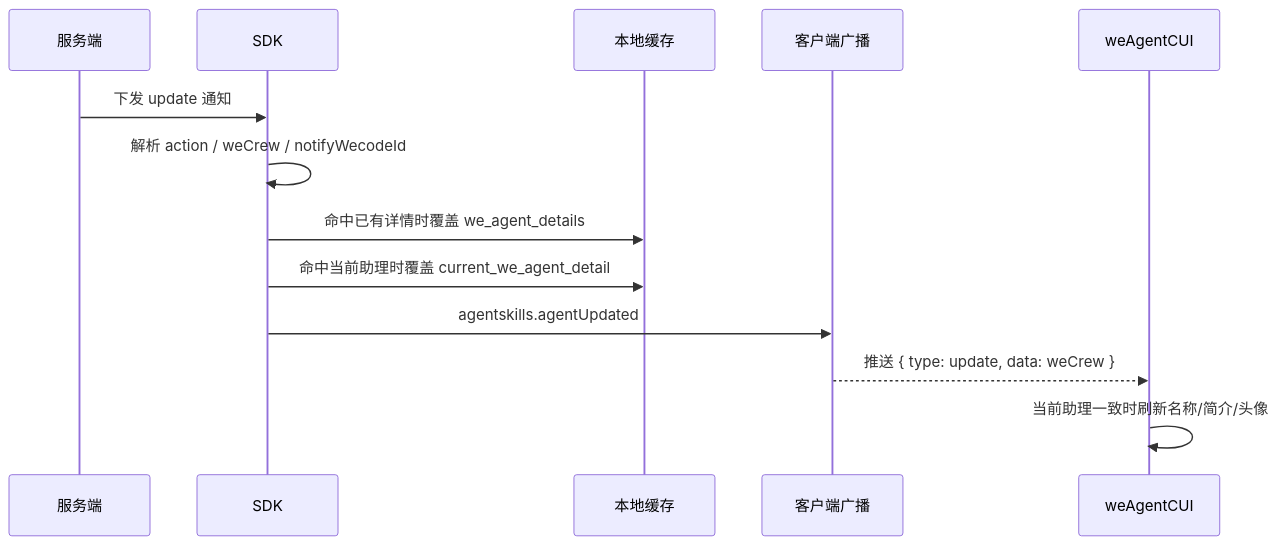
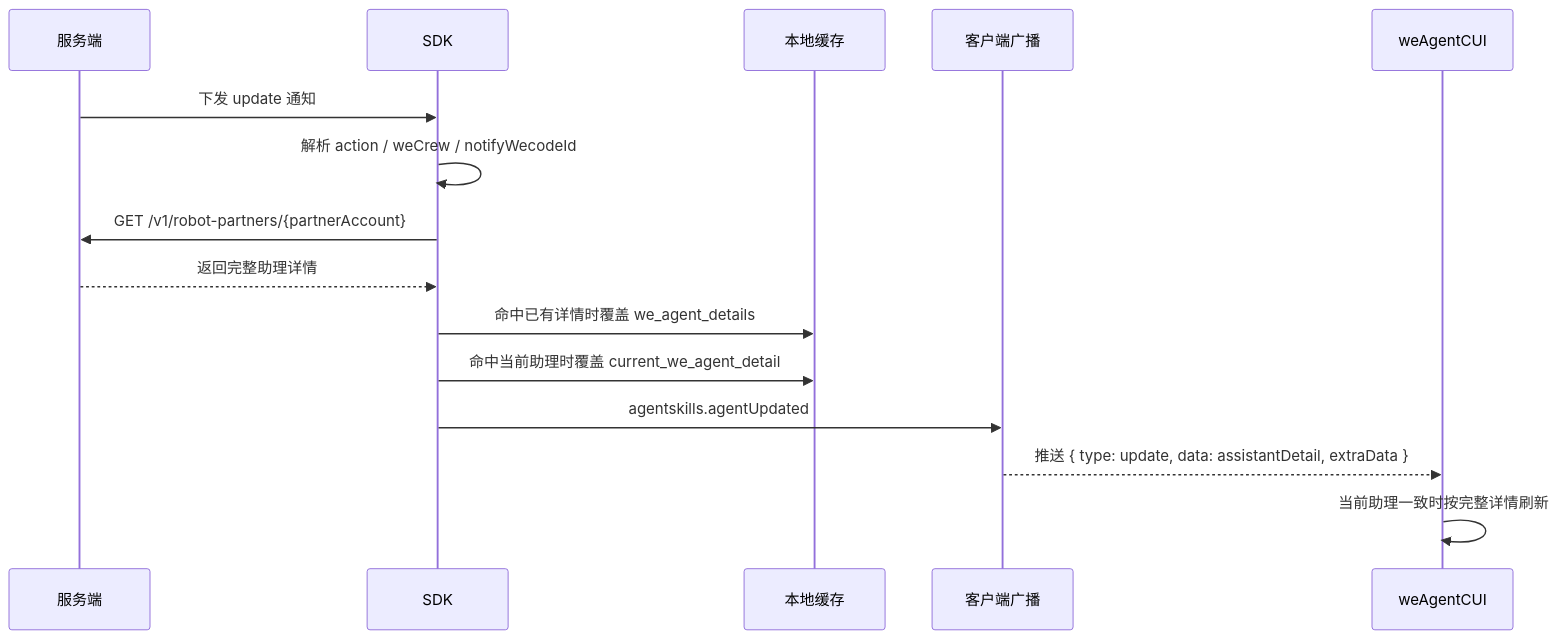
One commit to Abelsjcheng/skillSDK changed the third of 10 diagrams in 2026-05-08-we-agent-detail-sync-plan.md. Above: the diagram before and after it, drawn with Mermaid. The commit also changed other lines of this file, not shown here.

````diff
--- a/2026-05-08-we-agent-detail-sync-plan.md
+++ b/2026-05-08-we-agent-detail-sync-plan.md
@@ -86,16 +85,18 @@
 ```mermaid
 sequenceDiagram
     participant Server as 服务端
     participant SDK as SDK
     participant Cache as 本地缓存
     participant Broadcast as 客户端广播
     participant Page as weAgentCUI
 
     Server->>SDK: 下发 update 通知
     SDK->>SDK: 解析 action / weCrew / notifyWecodeId
+    SDK->>Server: GET /v1/robot-partners/{partnerAccount}
+    Server-->>SDK: 返回完整助理详情
     SDK->>Cache: 命中已有详情时覆盖 we_agent_details
     SDK->>Cache: 命中当前助理时覆盖 current_we_agent_detail
     SDK->>Broadcast: agentskills.agentUpdated
-    Broadcast-->>Page: 推送 { type: update, data: weCrew }
-    Page->>Page: 当前助理一致时刷新名称/简介/头像
+    Broadcast-->>Page: 推送 { type: update, data: assistantDetail, extraData }
+    Page->>Page: 当前助理一致时按完整详情刷新
 ```
````
